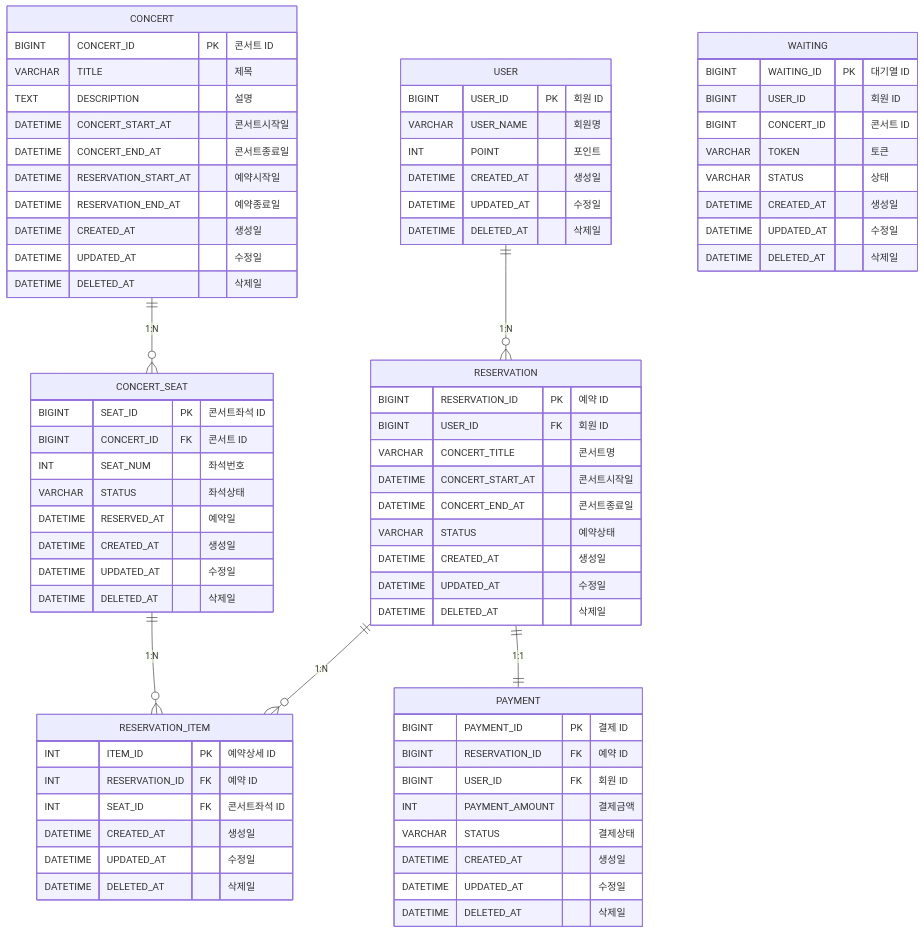
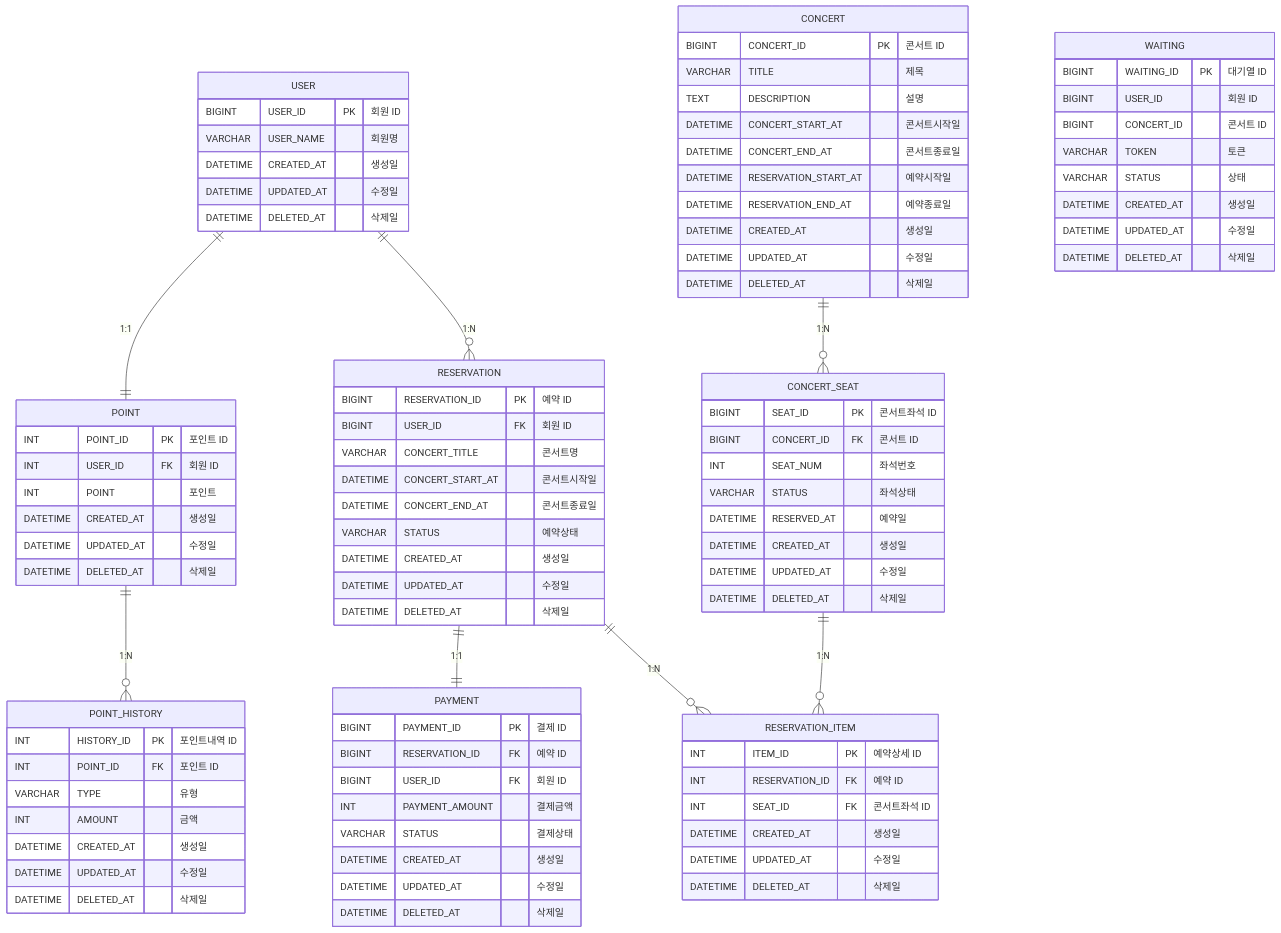
The diagram in docs/ERD.md (hyunn12/concert-reservation), drawn with Mermaid before and after one commit. The commit also changed 4 other files, not shown here.

````diff
--- a/docs/ERD.md
+++ b/docs/ERD.md
@@ -5,7 +5,25 @@
     USER {
         BIGINT USER_ID PK "회원 ID"
         VARCHAR USER_NAME "회원명"
+        DATETIME CREATED_AT "생성일"
+        DATETIME UPDATED_AT "수정일"
+        DATETIME DELETED_AT "삭제일"
+    }
+
+    POINT {
+        INT POINT_ID PK "포인트 ID"
+        INT USER_ID FK "회원 ID"
         INT POINT "포인트"
+        DATETIME CREATED_AT "생성일"
+        DATETIME UPDATED_AT "수정일"
+        DATETIME DELETED_AT "삭제일"
+    }
+
+    POINT_HISTORY {
+        INT HISTORY_ID PK "포인트내역 ID"
+        INT POINT_ID FK "포인트 ID"
+        VARCHAR TYPE "유형"
+        INT AMOUNT "금액"
         DATETIME CREATED_AT "생성일"
         DATETIME UPDATED_AT "수정일"
         DATETIME DELETED_AT "삭제일"
@@ -79,9 +97,11 @@
         DATETIME DELETED_AT "삭제일"
     }
 
+    USER ||--|| POINT : "1:1"
+    POINT ||--o{ POINT_HISTORY : "1:N"
     USER ||--o{ RESERVATION : "1:N"
+    RESERVATION ||--|| PAYMENT : "1:1"
     RESERVATION ||--o{ RESERVATION_ITEM : "1:N"
-    RESERVATION ||--|| PAYMENT : "1:1"
     CONCERT ||--o{ CONCERT_SEAT : "1:N"
     CONCERT_SEAT ||--o{ RESERVATION_ITEM : "1:N"
 ```
````
